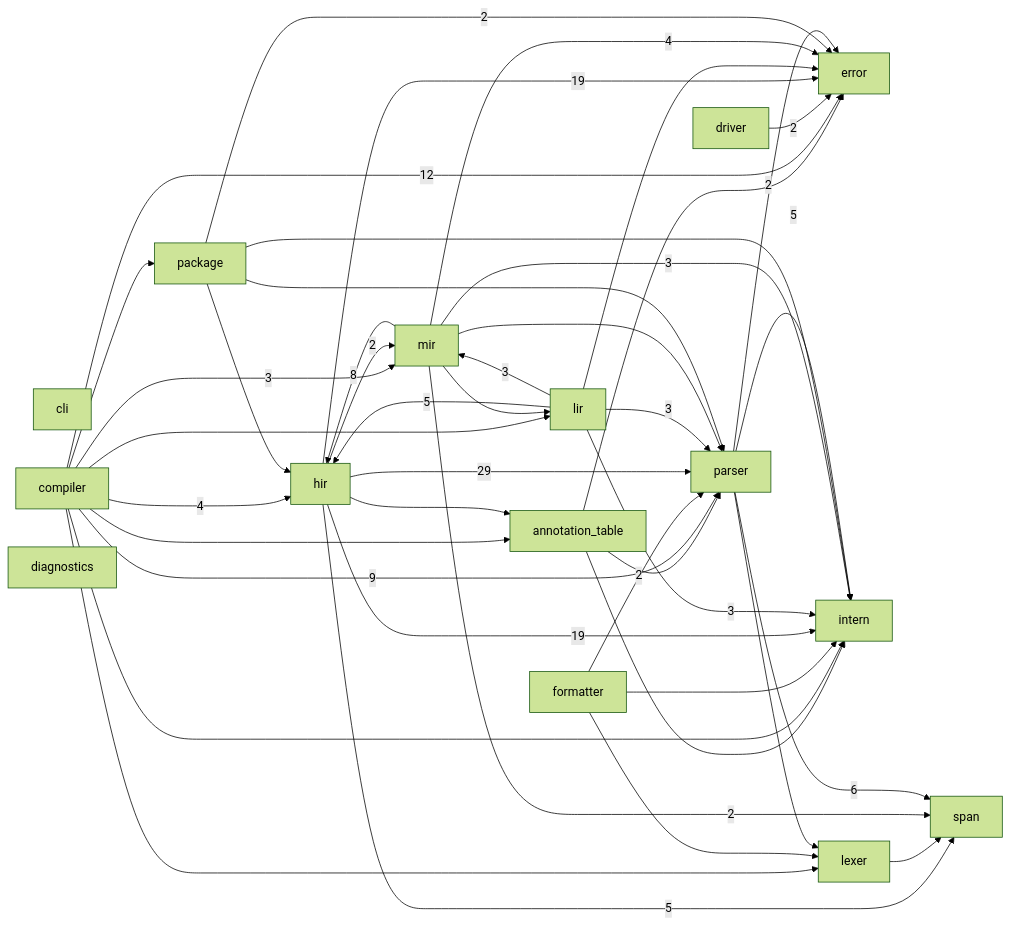
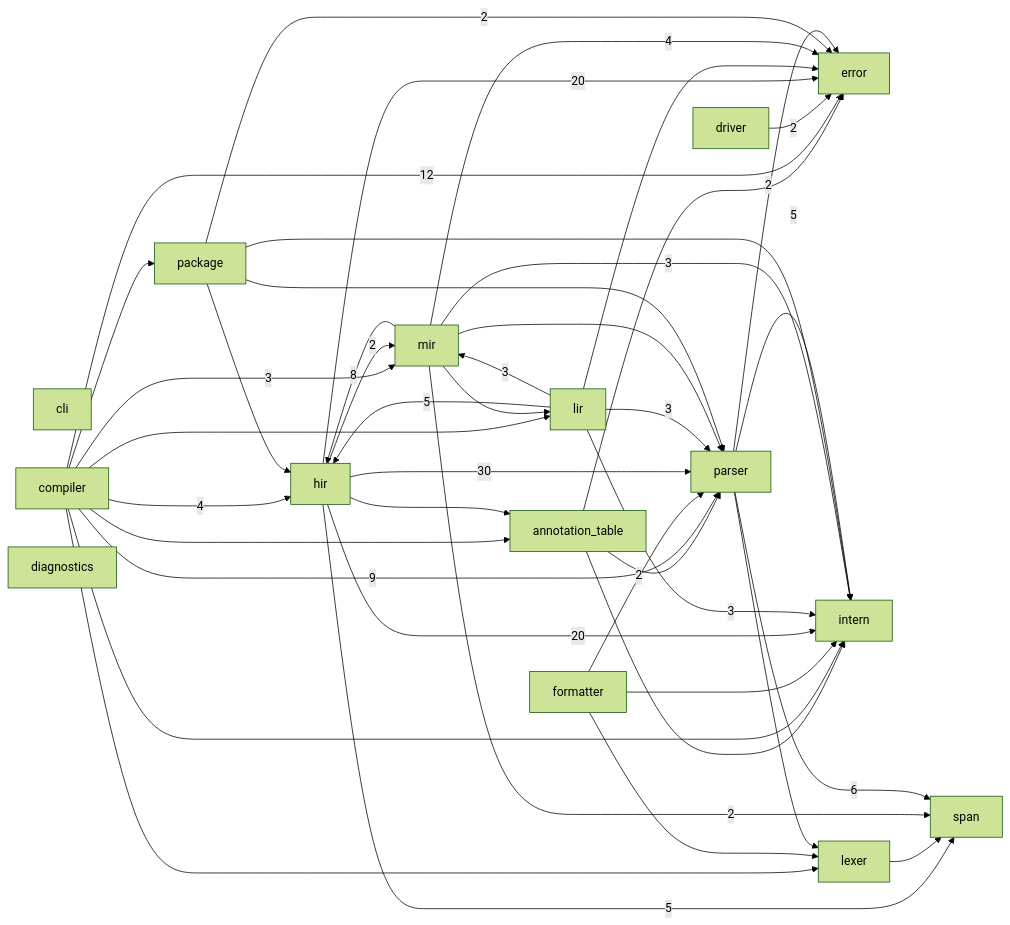
The diagram in docs/module-graph.md (ayanami1ei/Ayanami-language), drawn with Mermaid (forest theme) before and after one commit. The commit also changed other lines of this file and 10 other files, not shown here.

````diff
--- a/docs/module-graph.md
+++ b/docs/module-graph.md
@@ -6,60 +6,60 @@
 ```mermaid
 graph LR
     annotation_table
     cli
     compiler
     diagnostics
     driver
     error
     formatter
     hir
     intern
     lexer
     lir
     mir
     package
     parser
     span
     annotation_table --> error
     annotation_table --> intern
     annotation_table --> parser
     compiler --> annotation_table
     compiler -->|12| error
     compiler -->|4| hir
     compiler --> intern
     compiler --> lexer
     compiler --> lir
     compiler -->|3| mir
     compiler --> package
     compiler -->|9| parser
     driver -->|2| error
     formatter --> intern
     formatter --> lexer
     formatter -->|2| parser
     hir --> annotation_table
-    hir -->|19| error
-    hir -->|19| intern
+    hir -->|20| error
+    hir -->|20| intern
     hir -->|2| mir
-    hir -->|29| parser
+    hir -->|30| parser
     hir -->|5| span
     lexer --> span
     lir --> error
     lir -->|5| hir
     lir -->|3| intern
     lir -->|3| mir
     lir -->|3| parser
     mir -->|4| error
     mir -->|8| hir
     mir -->|3| intern
     mir --> lir
     mir --> parser
     mir -->|2| span
     package -->|2| error
     package --> hir
     package --> intern
     package --> parser
     parser -->|2| error
     parser -->|5| intern
     parser --> lexer
     parser -->|6| span
 ```
````
